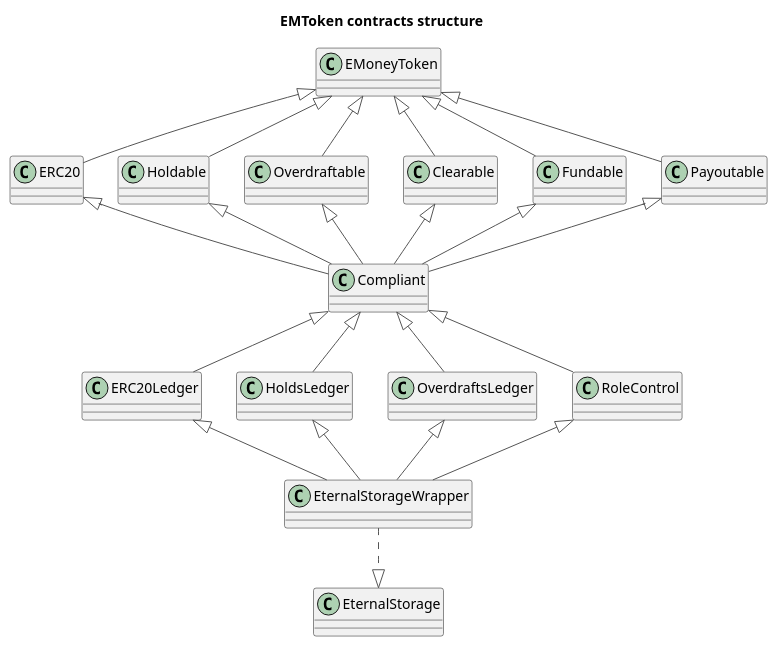
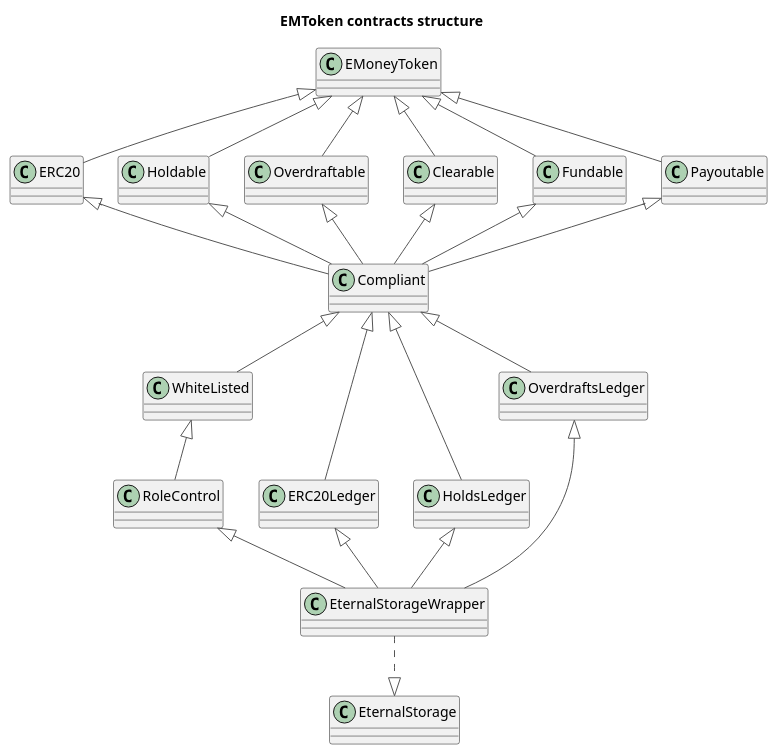
Before and after one commit to natiboston/EM-Token: the diagram in diagrams/contracts_structure.puml, drawn with PlantUML. The commit also changed 10 other files, not shown here.

```diff
--- a/diagrams/contracts_structure.puml
+++ b/diagrams/contracts_structure.puml
@@ -1,84 +1,90 @@
 @startuml
 title EMToken contracts structure
 hide footbox
 
 skinparam {
   ActorBorderColor #555555
   ParticipantBorderColor #555555
   BoundaryBorderColor #555555
   ArrowColor #555555
   SequenceLifeLineBorderColor #555555
   SequenceBoxBorderColor #FFFFFF
   NoteBorderColor #555555
   NoteBackgroundColor #DDDDDD
 }
 
 class EMoneyToken {
 }
 
 class ERC20 {
 }
 
 class Holdable {
 }
 
 class Overdraftable {
 }
 
 class Clearable {
 }
 
 class Fundable {
 }
 
 class Payoutable {
 }
 
 class Compliant {
 }
 
+class WhiteListed {
+}
+
+class RoleControl {
+}
+
 class ERC20Ledger {
 }
 
 class HoldsLedger {
 }
 
 class OverdraftsLedger {
-}
-
-class RoleControl {
 }
 
 class EternalStorageWrapper {
 }
 
 class EternalStorage {
 }
 
 EMoneyToken <|-- ERC20
 EMoneyToken <|-- Holdable
 EMoneyToken <|-- Overdraftable
 EMoneyToken <|-- Clearable
 EMoneyToken <|-- Fundable
 EMoneyToken <|-- Payoutable
 
 ERC20 <|-- Compliant
 Holdable <|-- Compliant
 Overdraftable <|-- Compliant
 Clearable <|-- Compliant
 Fundable <|-- Compliant
 Payoutable <|-- Compliant
 
+Compliant <|-- WhiteListed
+WhiteListed <|-- RoleControl
+
 Compliant <|-- ERC20Ledger
 Compliant <|-- HoldsLedger
 Compliant <|-- OverdraftsLedger
-Compliant <|-- RoleControl
+
 
 ERC20Ledger <|-- EternalStorageWrapper
 HoldsLedger <|-- EternalStorageWrapper
 OverdraftsLedger <|-- EternalStorageWrapper
 RoleControl <|-- EternalStorageWrapper
 
 EternalStorageWrapper ..|> EternalStorage
 
 @enduml
```
